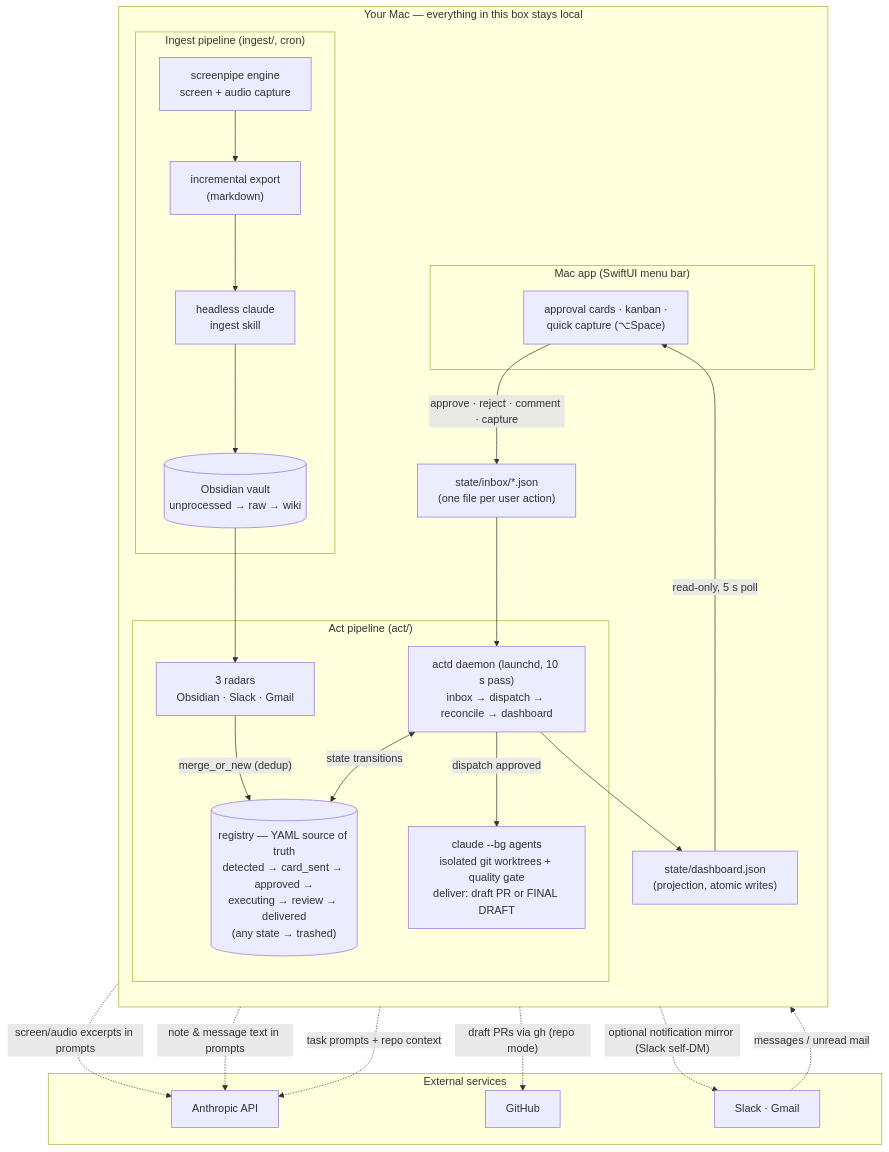
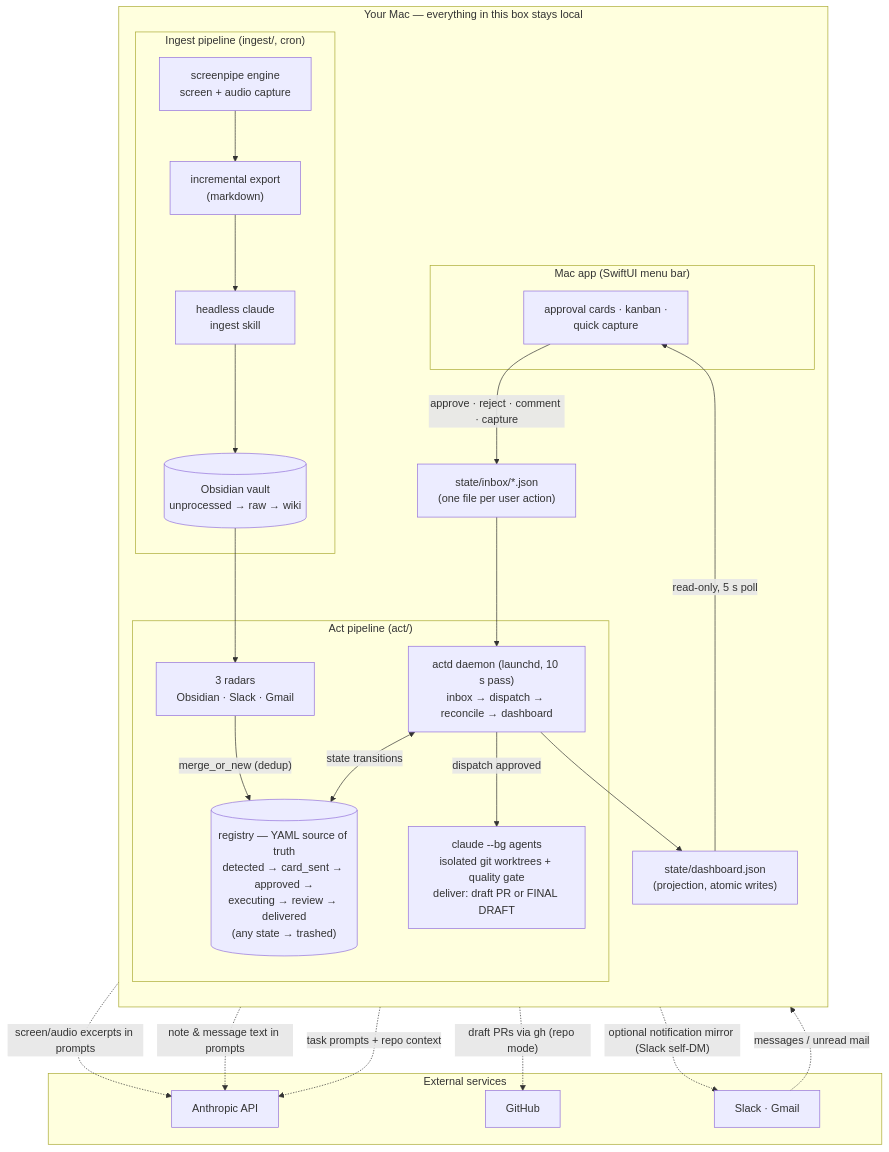
Before and after one commit to Wan-ZL/zelin-ai-assistant: the diagram in README.md, drawn with Mermaid. The commit also changed other lines of this file and 11 other files, not shown here.

````diff
--- a/README.md
+++ b/README.md
@@ -32,49 +32,49 @@
 ```mermaid
 flowchart TB
     subgraph MAC["Your Mac — everything in this box stays local"]
         direction TB
 
         subgraph INGEST["Ingest pipeline (ingest/, cron)"]
             SP["screenpipe engine<br/>screen + audio capture"] --> EXP["incremental export<br/>(markdown)"]
             EXP --> DISTILL["headless claude<br/>ingest skill"]
             DISTILL --> VAULT[("Obsidian vault<br/>unprocessed → raw → wiki")]
         end
 
         subgraph ACTP["Act pipeline (act/)"]
             RADARS["3 radars<br/>Obsidian · Slack · Gmail"]
             REG[("registry — YAML source of truth<br/>detected → card_sent → approved →<br/>executing → review → delivered<br/>(any state → trashed)")]
             ACTD["actd daemon (launchd, 10 s pass)<br/>inbox → dispatch → reconcile → dashboard"]
             AGENTS["claude --bg agents<br/>isolated git worktrees + quality gate<br/>deliver: draft PR or FINAL DRAFT"]
             RADARS -->|"merge_or_new (dedup)"| REG
             ACTD <-->|"state transitions"| REG
             ACTD -->|"dispatch approved"| AGENTS
         end
 
         VAULT --> RADARS
 
         DASH["state/dashboard.json<br/>(projection, atomic writes)"]
         INBOX["state/inbox/*.json<br/>(one file per user action)"]
 
         subgraph APP["Mac app (SwiftUI menu bar)"]
-            UI["approval cards · kanban ·<br/>quick capture (⌥Space)"]
+            UI["approval cards · kanban ·<br/>quick capture"]
         end
 
         ACTD --> DASH
         DASH -->|"read-only, 5 s poll"| UI
         UI -->|"approve · reject · comment · capture"| INBOX
         INBOX --> ACTD
     end
 
     subgraph EXT["External services"]
         ANTH["Anthropic API"]
         GH["GitHub"]
         SRC["Slack · Gmail"]
     end
 
     DISTILL -.->|"screen/audio excerpts in prompts"| ANTH
     RADARS -.->|"note & message text in prompts"| ANTH
     AGENTS -.->|"task prompts + repo context"| ANTH
     AGENTS -.->|"draft PRs via gh (repo mode)"| GH
     SRC -.->|"messages / unread mail"| RADARS
     ACTD -.->|"optional notification mirror (Slack self-DM)"| SRC
 ```
````
